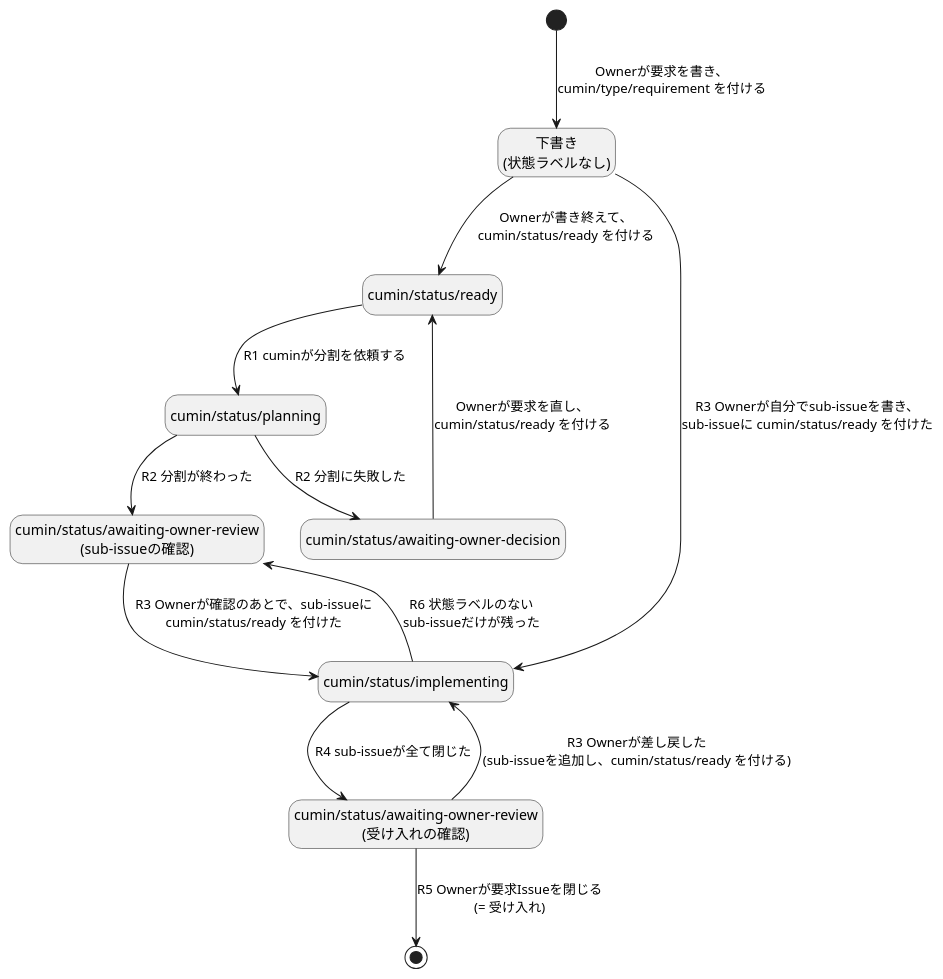
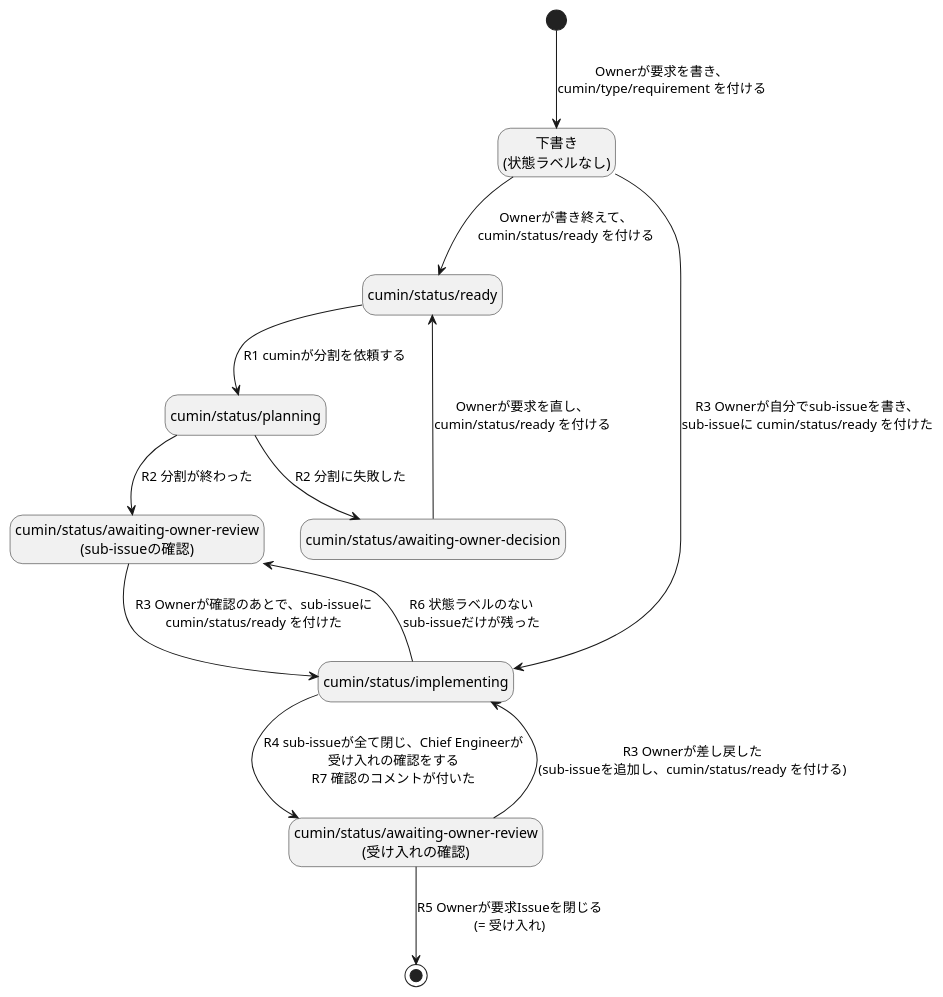
One commit to cloveclovedev/cumin-works changed the diagram in docs/ja/requirements/workflow/requirement-issue-states.puml. Above: the diagram before and after it, drawn with PlantUML. The commit also changed 9 other files, not shown here.

First line of the commit message:
docs: add the acceptance check by the Chief Engineer

```diff
--- a/docs/ja/requirements/workflow/requirement-issue-states.puml
+++ b/docs/ja/requirements/workflow/requirement-issue-states.puml
@@ -1,29 +1,29 @@
 @startuml requirement-issue-states
 ' cumin works v2 - 要求Issueの状態遷移
 ' 状態はGitHubのラベルで表す。遷移の番号 (R1など) は issue-states.md の表に対応する。
 ' SVGの書き出し: リポジトリの直下で scripts/render-diagrams.sh を実行する。
 
 hide empty description
 
 state "下書き\n(状態ラベルなし)" as Draft
 state "cumin/status/ready" as Ready
 state "cumin/status/planning" as Planning
 state "cumin/status/awaiting-owner-review\n(sub-issueの確認)" as PlanReview
 state "cumin/status/implementing" as Implementing
 state "cumin/status/awaiting-owner-review\n(受け入れの確認)" as Acceptance
 state "cumin/status/awaiting-owner-decision" as Decision
 
 [*] --> Draft : Ownerが要求を書き、\ncumin/type/requirement を付ける
 Draft --> Ready : Ownerが書き終えて、\ncumin/status/ready を付ける
 Draft --> Implementing : R3 Ownerが自分でsub-issueを書き、\nsub-issueに cumin/status/ready を付けた
 Planning --> PlanReview : R2 分割が終わった
 Planning --> Decision : R2 分割に失敗した
 Decision --> Ready : Ownerが要求を直し、\ncumin/status/ready を付ける
 Ready --> Planning : R1 cuminが分割を依頼する
 PlanReview --> Implementing : R3 Ownerが確認のあとで、sub-issueに\ncumin/status/ready を付けた
-Implementing --> Acceptance : R4 sub-issueが全て閉じた
+Implementing --> Acceptance : R4 sub-issueが全て閉じ、Chief Engineerが\n受け入れの確認をする\nR7 確認のコメントが付いた
 Implementing --> PlanReview : R6 状態ラベルのない\nsub-issueだけが残った
 Acceptance --> Implementing : R3 Ownerが差し戻した\n(sub-issueを追加し、cumin/status/ready を付ける)
 Acceptance --> [*] : R5 Ownerが要求Issueを閉じる\n(= 受け入れ)
 
 @enduml
```
